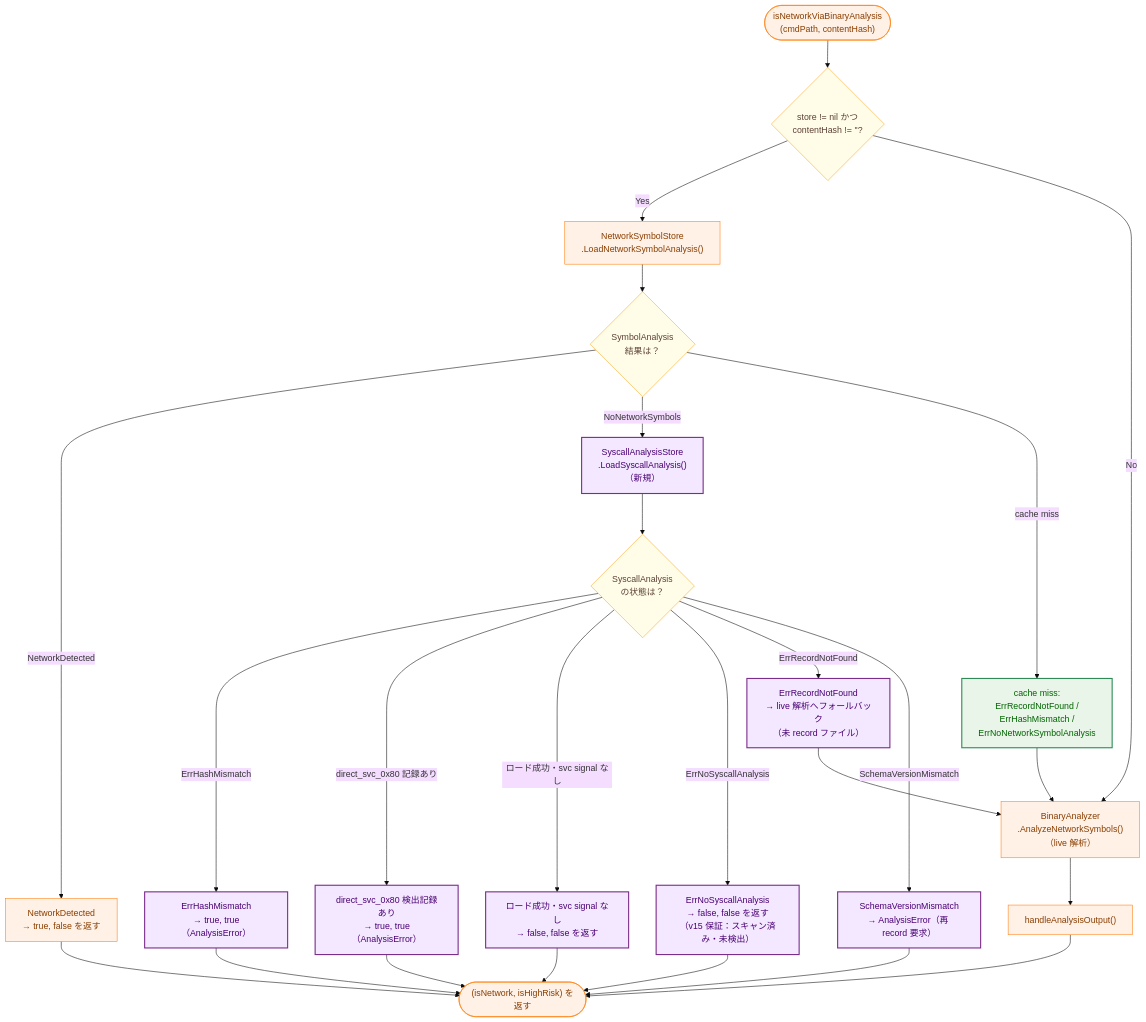
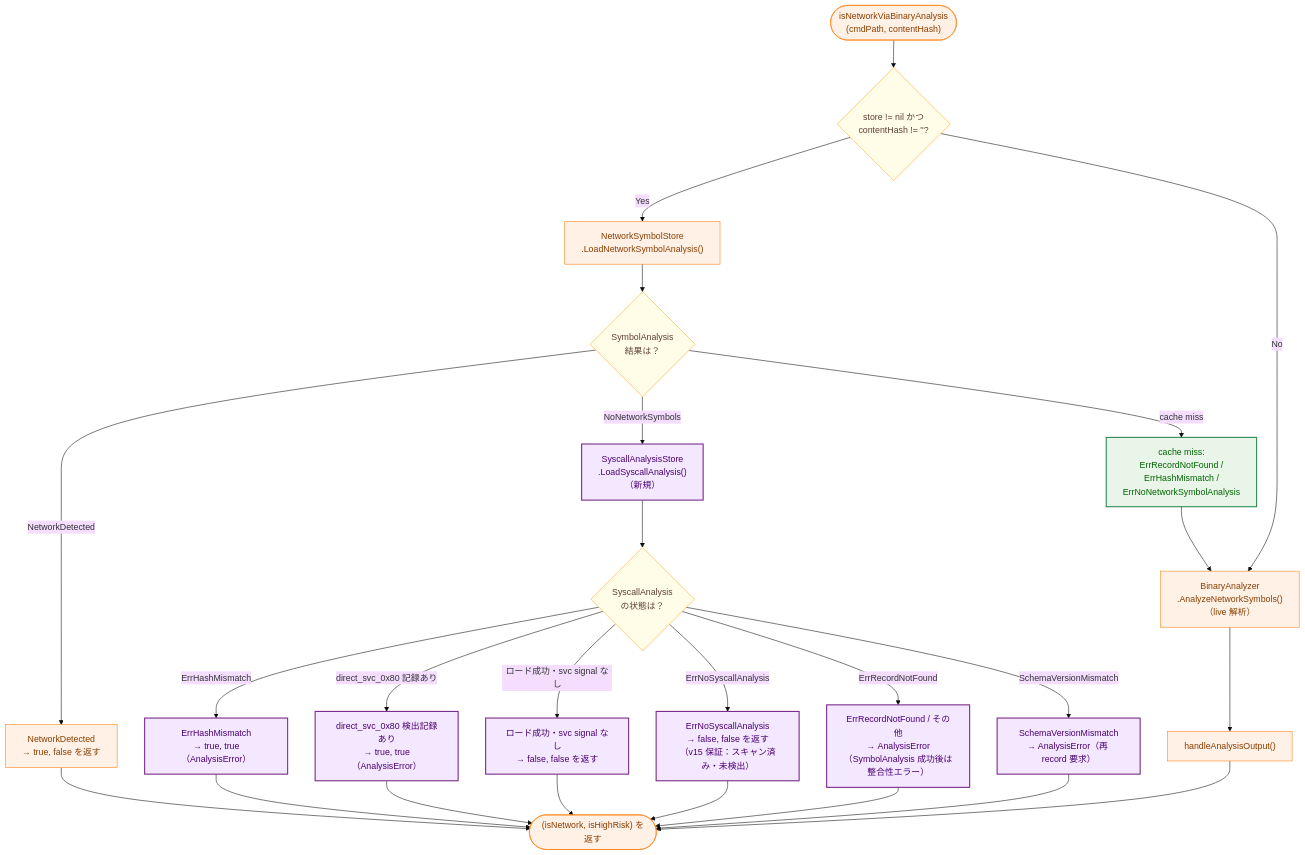
One commit to isseis/go-safe-cmd-runner changed the sixth of 8 diagrams in docs/tasks/0097_macho_arm64_syscall_analysis/02_architecture.md. Above: the diagram before and after it, drawn with Mermaid (base theme). The commit also changed other lines of this file and 3 other files, not shown here.

First line of the commit message:
docs(0097): Require deletion of SVC-path live analysis fallback code

````diff
--- a/docs/tasks/0097_macho_arm64_syscall_analysis/02_architecture.md
+++ b/docs/tasks/0097_macho_arm64_syscall_analysis/02_architecture.md
@@ -279,58 +279,58 @@
 ```mermaid
 flowchart TD
     classDef data fill:#e6f7ff,stroke:#1f77b4,stroke-width:1px,color:#0b3d91;
     classDef process fill:#fff1e6,stroke:#ff7f0e,stroke-width:1px,color:#8a3e00;
     classDef enhanced fill:#e8f5e8,stroke:#2e8b57,stroke-width:2px,color:#006400;
     classDef new fill:#f3e8ff,stroke:#7b2d8b,stroke-width:2px,color:#4a0072;
     classDef decision fill:#fffde7,stroke:#f9a825,stroke-width:1px,color:#5d4037;
 
     START(["isNetworkViaBinaryAnalysis<br/>(cmdPath, contentHash)"])
     CHECK_STORE{"store != nil かつ<br>contentHash != ''?"}
     LOAD_SYM["NetworkSymbolStore<br>.LoadNetworkSymbolAnalysis()"]
     CHECK_SYM{"SymbolAnalysis<br>結果は？"}
     SYM_NET["NetworkDetected<br>→ true, false を返す"]
     LOAD_SVC["SyscallAnalysisStore<br>.LoadSyscallAnalysis()<br>（新規）"]
     CHECK_SVC_RESULT{"SyscallAnalysis<br>の状態は？"}
     SVC_HASH_ERR["ErrHashMismatch<br>→ true, true（AnalysisError）"]
     SVC_HIT["direct_svc_0x80 検出記録あり<br>→ true, true（AnalysisError）"]
     SVC_SAFE["ロード成功・svc signal なし<br>→ false, false を返す"]
     SVC_ERR["ErrNoSyscallAnalysis<br>→ false, false を返す<br>（v15 保証：スキャン済み・未検出）"]
-    SVC_NOT_FOUND["ErrRecordNotFound<br>→ live 解析へフォールバック<br>（未 record ファイル）"]
+    SVC_NOT_FOUND["ErrRecordNotFound / その他<br>→ AnalysisError<br>（SymbolAnalysis 成功後は整合性エラー）"]
     SVC_SCHEMA["SchemaVersionMismatch<br>→ AnalysisError（再 record 要求）"]
     SYM_FALLBACK["cache miss:<br>ErrRecordNotFound /<br>ErrHashMismatch /<br>ErrNoNetworkSymbolAnalysis"]
     FALLBACK["BinaryAnalyzer<br>.AnalyzeNetworkSymbols()<br>（live 解析）"]
     HANDLE["handleAnalysisOutput()"]
     RETURN(["(isNetwork, isHighRisk) を返す"])
 
     START --> CHECK_STORE
     CHECK_STORE -->|"Yes"| LOAD_SYM
     CHECK_STORE -->|"No"| FALLBACK
     LOAD_SYM --> CHECK_SYM
     CHECK_SYM -->|"NetworkDetected"| SYM_NET
     CHECK_SYM -->|"NoNetworkSymbols"| LOAD_SVC
     CHECK_SYM -->|"cache miss"| SYM_FALLBACK
     LOAD_SVC --> CHECK_SVC_RESULT
     CHECK_SVC_RESULT -->|"ErrHashMismatch"| SVC_HASH_ERR
     CHECK_SVC_RESULT -->|"direct_svc_0x80 記録あり"| SVC_HIT
     CHECK_SVC_RESULT -->|"ロード成功・svc signal なし"| SVC_SAFE
     CHECK_SVC_RESULT -->|"ErrNoSyscallAnalysis"| SVC_ERR
     CHECK_SVC_RESULT -->|"ErrRecordNotFound"| SVC_NOT_FOUND
     CHECK_SVC_RESULT -->|"SchemaVersionMismatch"| SVC_SCHEMA
     SYM_FALLBACK --> FALLBACK
-    SVC_NOT_FOUND --> FALLBACK
+    SVC_NOT_FOUND --> RETURN
     SVC_ERR --> RETURN
     SVC_SCHEMA --> RETURN
     FALLBACK --> HANDLE
     HANDLE --> RETURN
     SYM_NET --> RETURN
     SVC_HASH_ERR --> RETURN
     SVC_HIT --> RETURN
     SVC_SAFE --> RETURN
 
     class START,RETURN process;
     class LOAD_SYM,HANDLE,FALLBACK,SYM_NET process;
     class CHECK_STORE,CHECK_SYM,CHECK_SVC_RESULT decision;
     class LOAD_SVC new;
     class SVC_HIT,SVC_HASH_ERR,SVC_SAFE,SVC_ERR,SVC_NOT_FOUND,SVC_SCHEMA new;
     class SYM_FALLBACK enhanced;
 ```
````
